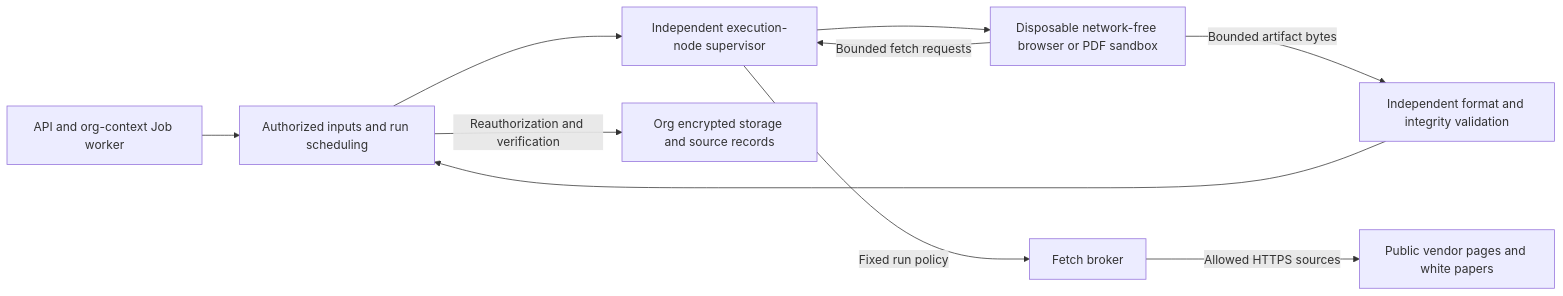
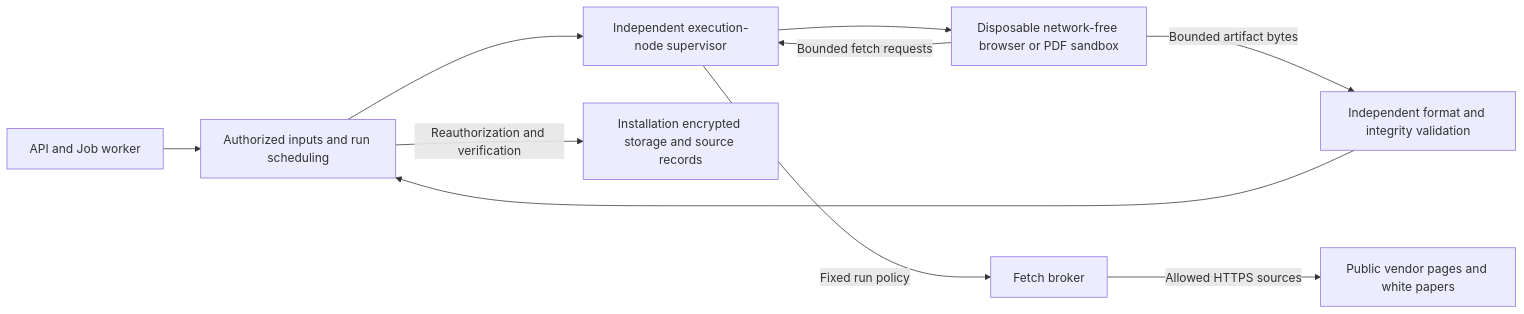
Before and after one commit to yiyiSmallti/ai-bid-tool: the diagram in docs/plan/sandbox.md, drawn with Mermaid. The commit also changed other lines of this file and 562 other files, not shown here.

````diff
--- a/docs/plan/sandbox.md
+++ b/docs/plan/sandbox.md
@@ -64,12 +54,12 @@
 ```mermaid
 flowchart LR
-    A[API and org-context Job worker] --> B[Authorized inputs and run scheduling]
+    A[API and Job worker] --> B[Authorized inputs and run scheduling]
     B --> C[Independent execution-node supervisor]
     C --> D[Disposable network-free browser or PDF sandbox]
     D -->|Bounded fetch requests| C
     C -->|Fixed run policy| P[Fetch broker]
     P -->|Allowed HTTPS sources| W[Public vendor pages and white papers]
     D -->|Bounded artifact bytes| V[Independent format and integrity validation]
     V --> B
-    B -->|Reauthorization and verification| S[Org encrypted storage and source records]
+    B -->|Reauthorization and verification| S[Installation encrypted storage and source records]
 ```
````
